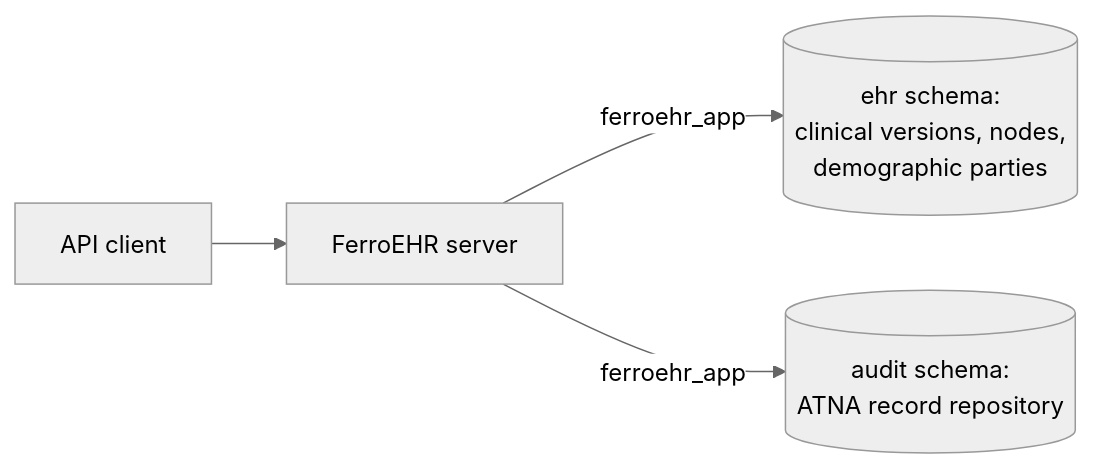
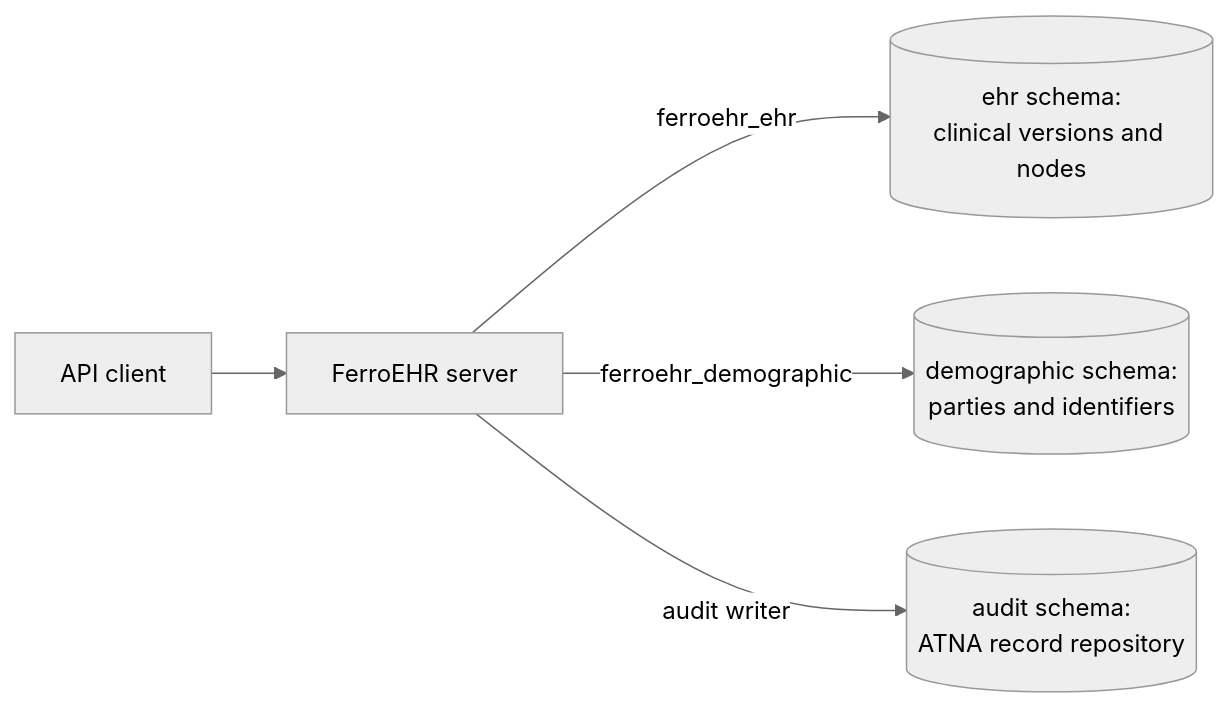
One commit to rubentalstra/FerroEHR changed the first of 2 diagrams in website/book/src/compliance/index.md. Above: the diagram before and after it, drawn with Mermaid (neutral theme). The commit also changed other lines of this file and 43 other files, not shown here.

````diff
--- a/website/book/src/compliance/index.md
+++ b/website/book/src/compliance/index.md
@@ -85,6 +101,7 @@
 ```mermaid
 flowchart LR
     client["API client"] --> server["FerroEHR server"]
-    server -->|ferroehr_app| ehr[("ehr schema:<br/>clinical versions, nodes,<br/>demographic parties")]
-    server -->|ferroehr_app| audit[("audit schema:<br/>ATNA record repository")]
+    server -->|ferroehr_ehr| ehr[("ehr schema:<br/>clinical versions and nodes")]
+    server -->|ferroehr_demographic| demo[("demographic schema:<br/>parties and identifiers")]
+    server -->|audit writer| audit[("audit schema:<br/>ATNA record repository")]
 ```
````
